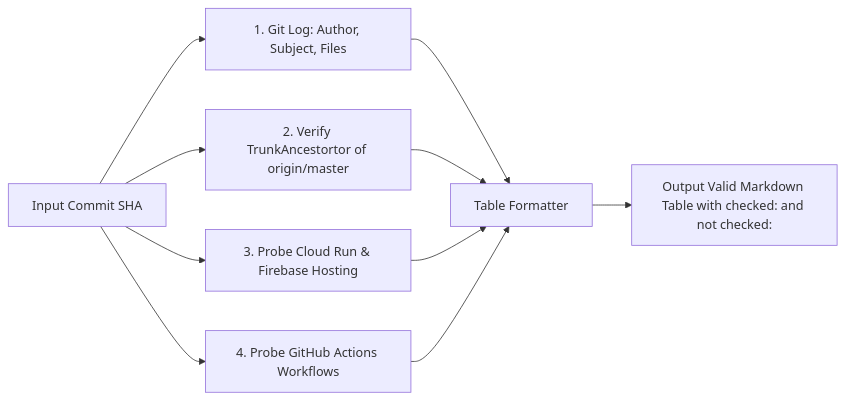
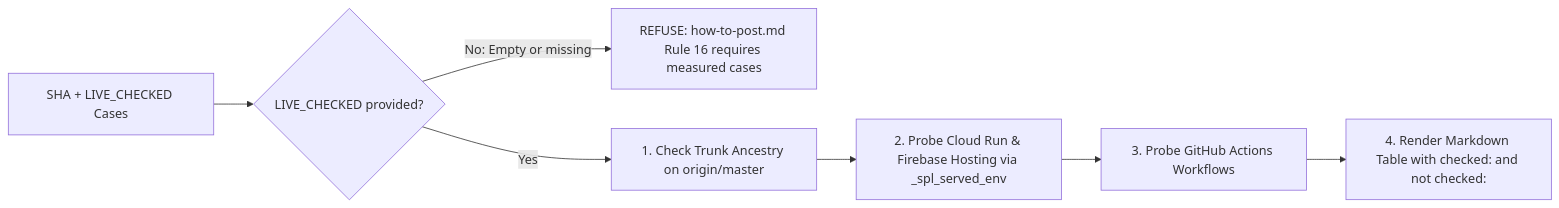
The fourth of 6 diagrams in csi-spl-doc/specs/157-dispatch-automation/spec.md (csitea/csi-spl), drawn with Mermaid before and after one commit. The commit also changed other lines of this file, not shown here.

````diff
--- a/csi-spl-doc/specs/157-dispatch-automation/spec.md
+++ b/csi-spl-doc/specs/157-dispatch-automation/spec.md
@@ -260,14 +322,9 @@
 ```mermaid
 flowchart LR
-    SHA[Input Commit SHA] --> GitMeta[1. Git Log: Author, Subject, Files]
-    SHA --> TrunkAncestor[2. Verify TrunkAncestortor of origin/master]
-    SHA --> DeployProbe[3. Probe Cloud Run & Firebase Hosting]
-    SHA --> CIProbe[4. Probe GitHub Actions Workflows]
-    
-    GitMeta --> Formatter[Table Formatter]
-    TrunkAncestor --> Formatter
-    DeployProbe --> Formatter
-    CIProbe --> Formatter
-    
-    Formatter --> OutTable[Output Valid Markdown Table with checked: and not checked:]
+    Inputs[SHA + LIVE_CHECKED Cases] --> ValInput{LIVE_CHECKED provided?}
+    ValInput -->|No: Empty or missing| RefuseCases[REFUSE: how-to-post.md Rule 16 requires measured cases]
+    ValInput -->|Yes| GitCheck[1. Check Trunk Ancestry on origin/master]
+    GitCheck --> DeployProbe[2. Probe Cloud Run & Firebase Hosting via _spl_served_env]
+    DeployProbe --> CIProbe[3. Probe GitHub Actions Workflows]
+    CIProbe --> FormatTable[4. Render Markdown Table with checked: and not checked:]
 ```
````
